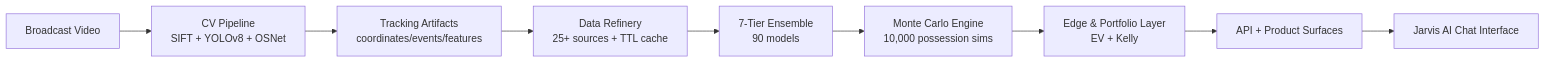
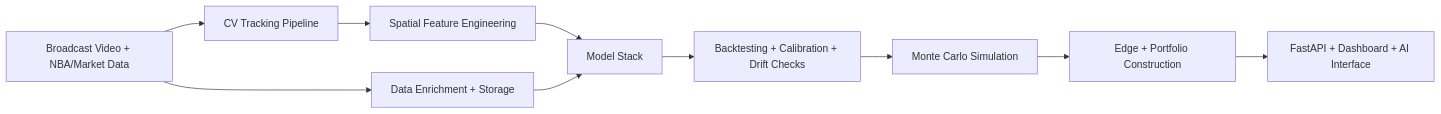
Before and after one commit to neeljshah/court-vision: the diagram in README.md, drawn with Mermaid. The commit also changed other lines of this file, not shown here.

````diff
--- a/README.md
+++ b/README.md
@@ -103,11 +41,12 @@
 ```mermaid
 graph LR
-    A[Broadcast Video] --> B[CV Pipeline<br/>SIFT + YOLOv8 + OSNet]
-    B --> C[Tracking Artifacts<br/>coordinates/events/features]
-    C --> D[Data Refinery<br/>25+ sources + TTL cache]
-    D --> E[7-Tier Ensemble<br/>90 models]
-    E --> F[Monte Carlo Engine<br/>10,000 possession sims]
-    F --> G[Edge & Portfolio Layer<br/>EV + Kelly]
-    G --> H[API + Product Surfaces]
-    H --> I[Jarvis AI Chat Interface]
+    A[Broadcast Video + NBA/Market Data] --> B[CV Tracking Pipeline]
+    B --> C[Spatial Feature Engineering]
+    A --> D[Data Enrichment + Storage]
+    C --> E[Model Stack]
+    D --> E
+    E --> F[Backtesting + Calibration + Drift Checks]
+    F --> G[Monte Carlo Simulation]
+    G --> H[Edge + Portfolio Construction]
+    H --> I[FastAPI + Dashboard + AI Interface]
 ```
````
